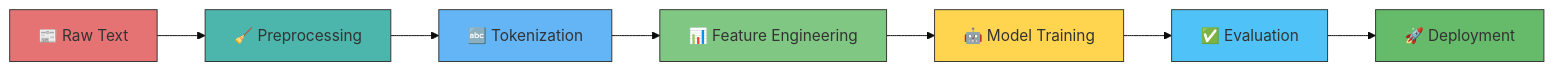
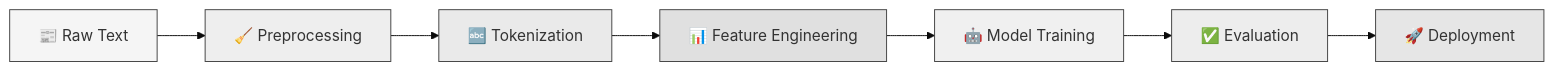
One commit to 24pwai0032-gif/News-Category-Classification-Pipeline changed the diagram in README.md. Above: the diagram before and after it, drawn with Mermaid (base theme).

Commit message:
Change flowchart styles in README.md
Updated color styles for flowchart elements in README.

````diff
--- a/README.md
+++ b/README.md
@@ -185,18 +185,19 @@
 ```mermaid
 graph LR
     A[📰 Raw Text] --> B[🧹 Preprocessing]
     B --> C[🔤 Tokenization]
     C --> D[📊 Feature Engineering]
     D --> E[🤖 Model Training]
     E --> F[✅ Evaluation]
     F --> G[🚀 Deployment]
     
-  style A fill:#e57373,stroke:#333,stroke-width:1px
-style B fill:#4db6ac,stroke:#333,stroke-width:1px
-style C fill:#64b5f6,stroke:#333,stroke-width:1px
-style D fill:#81c784,stroke:#333,stroke-width:1px
-style E fill:#ffd54f,stroke:#333,stroke-width:1px
-style F fill:#4fc3f7,stroke:#333,stroke-width:1px
-style G fill:#66bb6a,stroke:#333,stroke-width:1px
+  style A fill:#f5f5f5,stroke:#424242
+style B fill:#eeeeee,stroke:#424242
+style C fill:#eaeaea,stroke:#424242
+style D fill:#e0e0e0,stroke:#424242
+style E fill:#f0f0f0,stroke:#424242
+style F fill:#ededed,stroke:#424242
+style G fill:#e6e6e6,stroke:#424242
+
 
 ```
````
